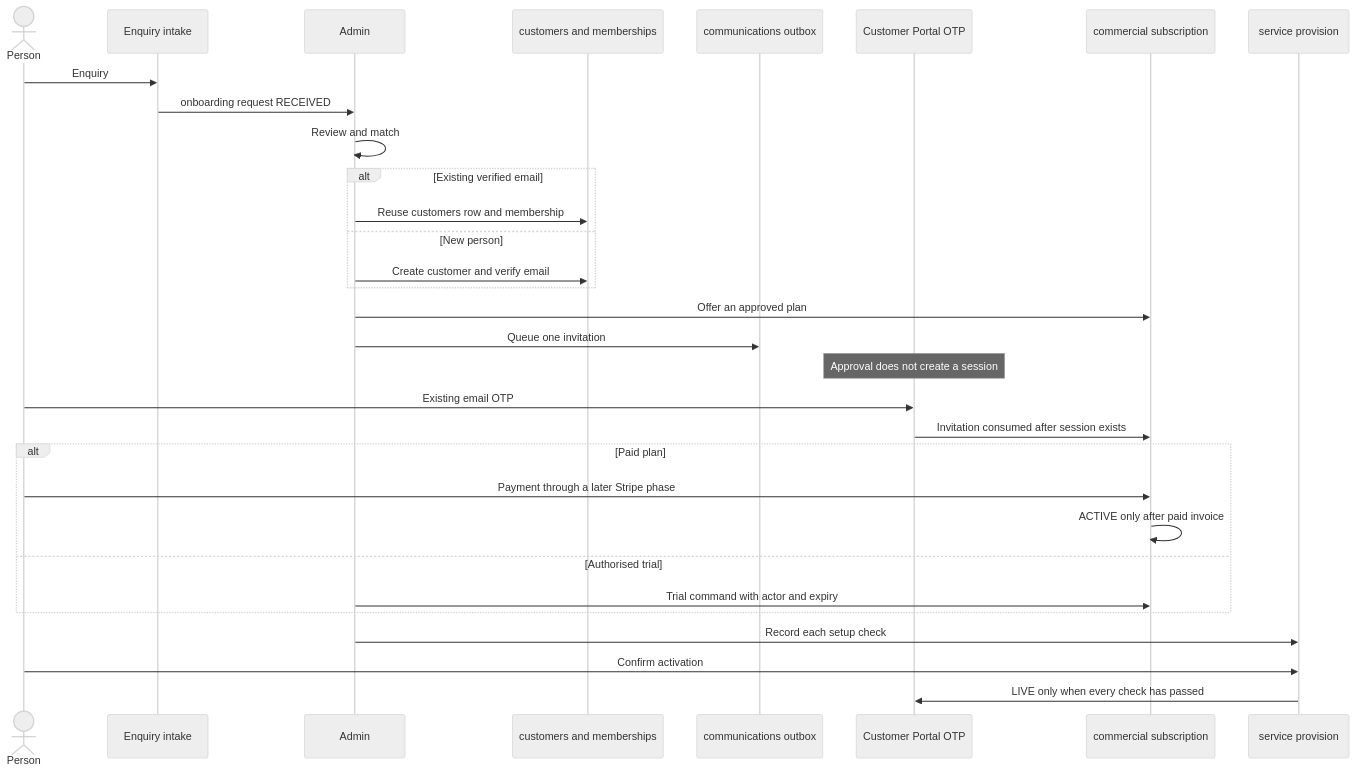
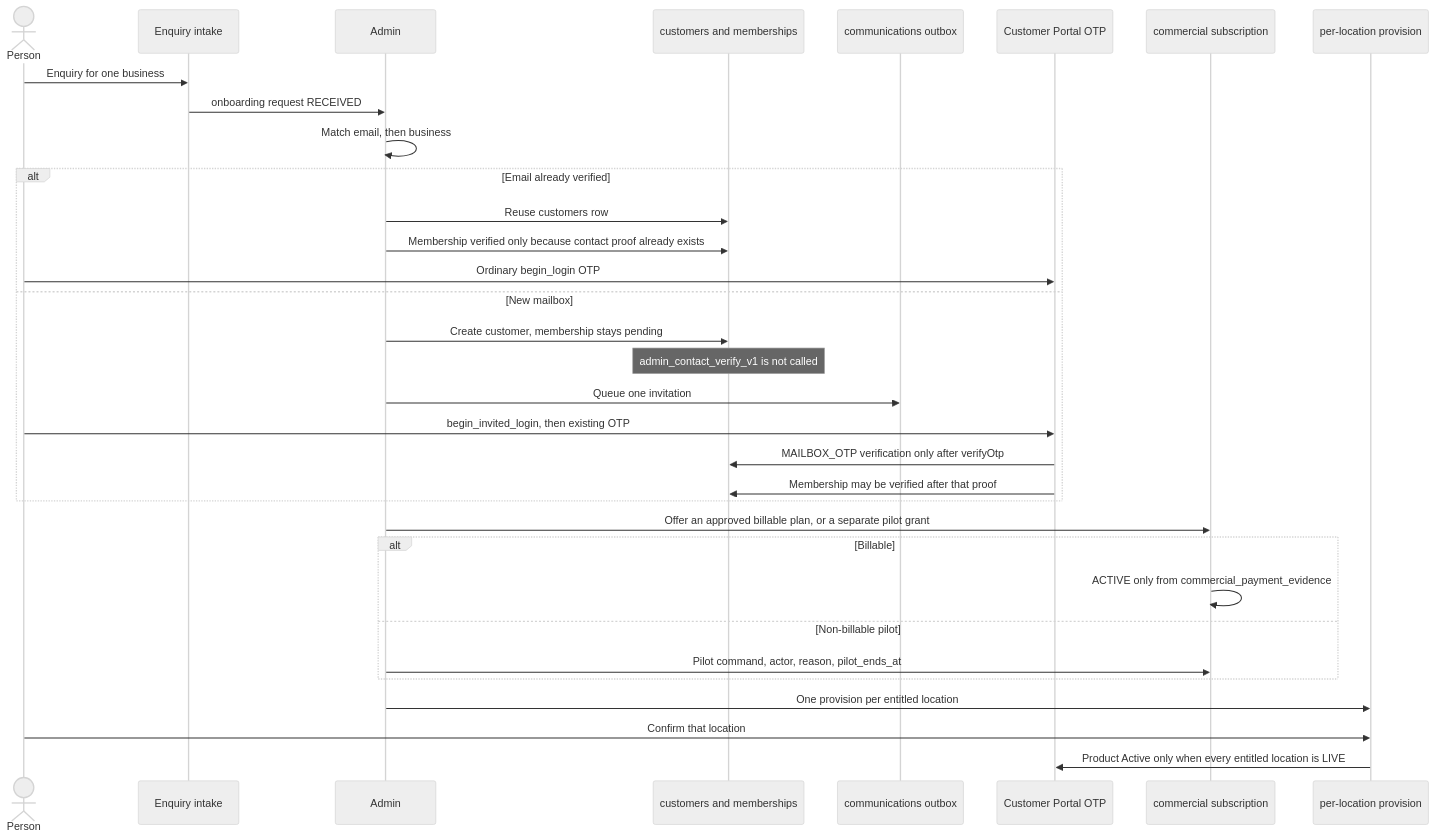
Before and after one commit to NabarunDas/reputedefend-web: the diagram in docs/customer-platform/02A-customer-journey.md, drawn with Mermaid (neutral theme). The commit also changed other lines of this file and 5 other files, not shown here.

````diff
--- a/docs/customer-platform/02A-customer-journey.md
+++ b/docs/customer-platform/02A-customer-journey.md
@@ -7,34 +7,36 @@
 ```mermaid
 sequenceDiagram
   actor Person
   participant Site as Enquiry intake
   participant Admin
   participant Records as customers and memberships
   participant Mail as communications outbox
   participant Portal as Customer Portal OTP
   participant Commerce as commercial subscription
-  participant Setup as service provision
+  participant Setup as per-location provision
 
-  Person->>Site: Enquiry
+  Person->>Site: Enquiry for one business
   Site->>Admin: onboarding request RECEIVED
-  Admin->>Admin: Review and match
-  alt Existing verified email
-    Admin->>Records: Reuse customers row and membership
-  else New person
-    Admin->>Records: Create customer and verify email
+  Admin->>Admin: Match email, then business
+  alt Email already verified
+    Admin->>Records: Reuse customers row
+    Admin->>Records: Membership verified only because contact proof already exists
+    Person->>Portal: Ordinary begin_login OTP
+  else New mailbox
+    Admin->>Records: Create customer, membership stays pending
+    Note over Records: admin_contact_verify_v1 is not called
+    Admin->>Mail: Queue one invitation
+    Person->>Portal: begin_invited_login, then existing OTP
+    Portal->>Records: MAILBOX_OTP verification only after verifyOtp
+    Portal->>Records: Membership may be verified after that proof
   end
-  Admin->>Commerce: Offer an approved plan
-  Admin->>Mail: Queue one invitation
-  Note over Portal: Approval does not create a session
-  Person->>Portal: Existing email OTP
-  Portal->>Commerce: Invitation consumed after session exists
-  alt Paid plan
-    Person->>Commerce: Payment through a later Stripe phase
-    Commerce->>Commerce: ACTIVE only after paid invoice
-  else Authorised trial
-    Admin->>Commerce: Trial command with actor and expiry
+  Admin->>Commerce: Offer an approved billable plan, or a separate pilot grant
+  alt Billable
+    Commerce->>Commerce: ACTIVE only from commercial_payment_evidence
+  else Non-billable pilot
+    Admin->>Commerce: Pilot command, actor, reason, pilot_ends_at
   end
-  Admin->>Setup: Record each setup check
-  Person->>Setup: Confirm activation
-  Setup->>Portal: LIVE only when every check has passed
+  Admin->>Setup: One provision per entitled location
+  Person->>Setup: Confirm that location
+  Setup->>Portal: Product Active only when every entitled location is LIVE
 ```
````
